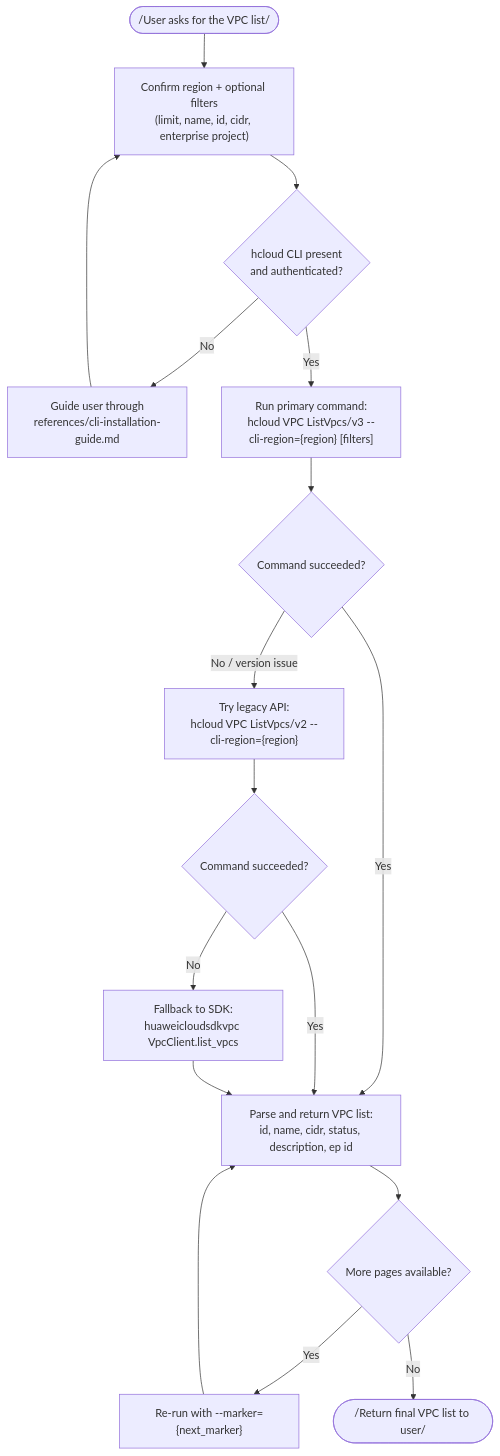
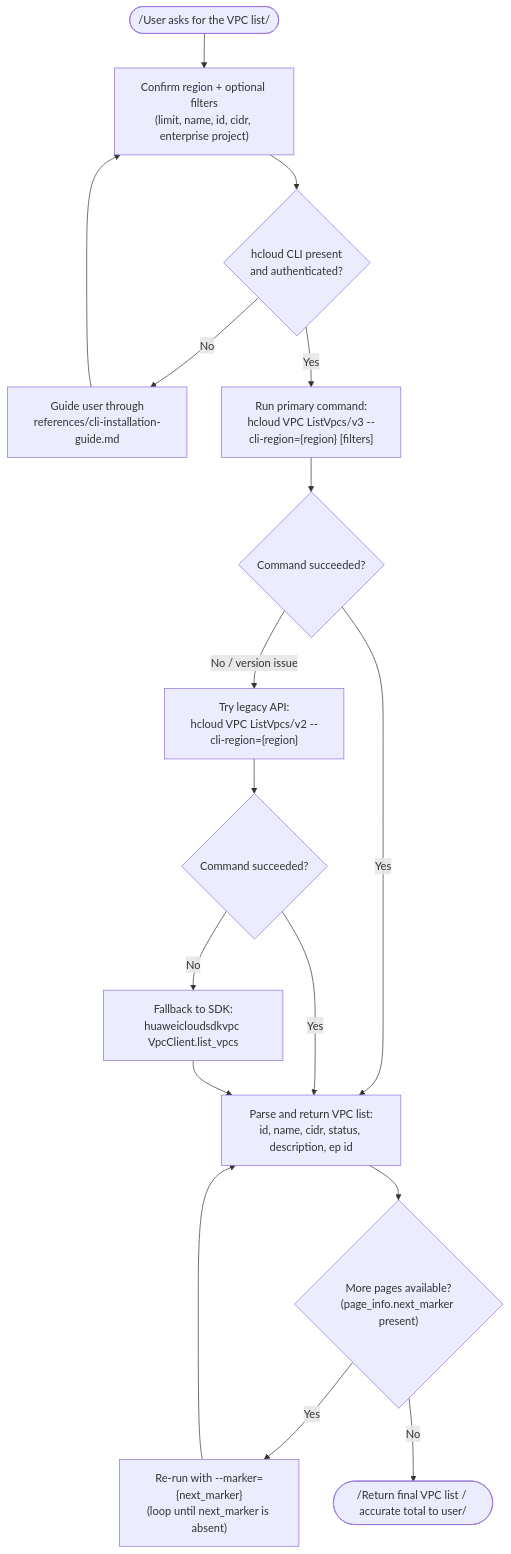
One commit to huaweicloud-dev/huaweicloud-skills-dev changed the diagram in skills/network/ops/huawei-cloud-vpc-list/references/dataflow-diagram.md. Above: the diagram before and after it, drawn with Mermaid. The commit also changed other lines of this file and 8 other files, not shown here.

First line of the commit message:
!160 merge add-skill/huawei-cloud-vpc-list into main

````diff
--- a/skills/network/ops/huawei-cloud-vpc-list/references/dataflow-diagram.md
+++ b/skills/network/ops/huawei-cloud-vpc-list/references/dataflow-diagram.md
@@ -3,19 +3,19 @@
 ```mermaid
 flowchart TD
   START(["/User asks for the VPC list/"]) --> CONFIRM["Confirm region + optional filters\n(limit, name, id, cidr, enterprise project)"]
   CONFIRM --> PREREQ{"hcloud CLI present\nand authenticated?"}
   PREREQ -->|No| GUIDE["Guide user through\nreferences/cli-installation-guide.md"]
   GUIDE --> CONFIRM
   PREREQ -->|Yes| CLI["Run primary command:\nhcloud VPC ListVpcs/v3 --cli-region={region} [filters]"]
   CLI --> OK{"Command succeeded?"}
   OK -->|Yes| OUTPUT["Parse and return VPC list:\nid, name, cidr, status, description, ep id"]
   OK -->|No / version issue| V2["Try legacy API:\nhcloud VPC ListVpcs/v2 --cli-region={region}"]
   V2 --> OK2{"Command succeeded?"}
   OK2 -->|Yes| OUTPUT
   OK2 -->|No| SDK["Fallback to SDK:\nhuaweicloudsdkvpc VpcClient.list_vpcs"]
   SDK --> OUTPUT
-  OUTPUT --> MORE{"More pages available?"}
-  MORE -->|Yes| PAG["Re-run with --marker={next_marker}"]
+  OUTPUT --> MORE{"More pages available?\n(page_info.next_marker present)"}
+  MORE -->|Yes| PAG["Re-run with --marker={next_marker}\n(loop until next_marker is absent)"]
   PAG --> OUTPUT
-  MORE -->|No| END(["/Return final VPC list to user/"])
+  MORE -->|No| END(["/Return final VPC list / accurate total to user/"])
 ```
````
